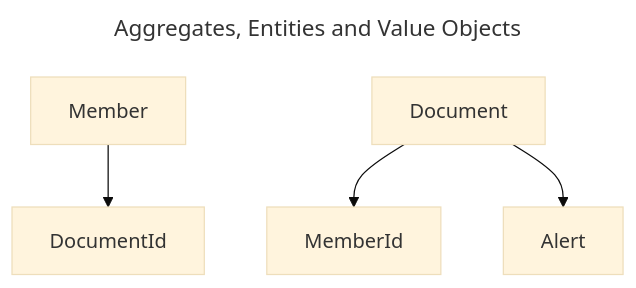
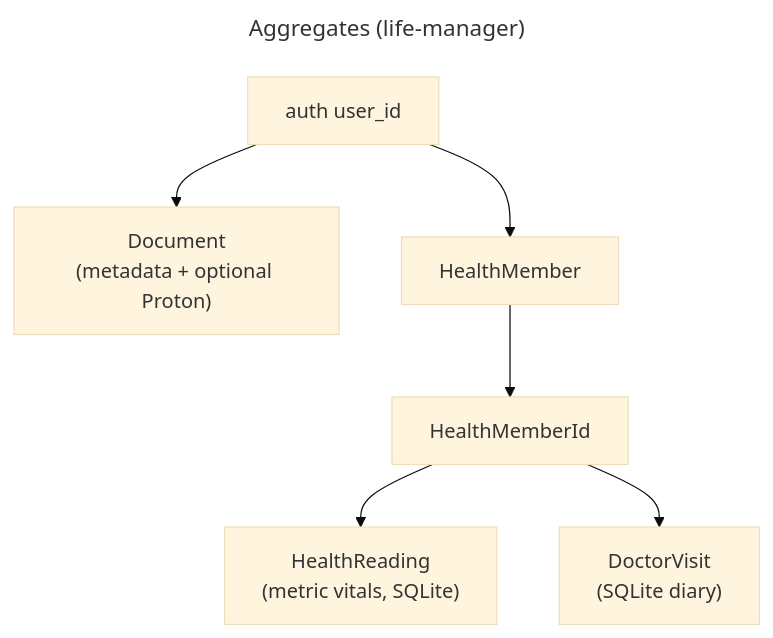
One commit to mikeyjay39/life-manager changed the diagram in README.md. Above: the diagram before and after it, drawn with Mermaid (base theme). The commit also changed other lines of this file and 5 other files, not shown here.

First line of the commit message:
Health Manager: agent docs and architecture diagram (#112) (#149)

````diff
--- a/README.md
+++ b/README.md
@@ -194,17 +196,13 @@
 ```mermaid
 ---
-title: Aggregates, Entities and Value Objects
+title: Aggregates (life-manager)
 ---
 
 flowchart TD
-
-  M-->Did
-  D-->Mid
-  D-->A
-
-    M[Member]
-    D[Document]
-    Mid[MemberId]
-    Did[DocumentId]
-    A[Alert]
+  U[auth user_id]
+  U --> D["Document\n(metadata + optional Proton)"]
+  U --> HM[HealthMember]
+  HM --> HMid[HealthMemberId]
+  HMid --> HR["HealthReading\n(metric vitals, SQLite)"]
+  HMid --> DV["DoctorVisit\n(SQLite diary)"]
 ```
````
